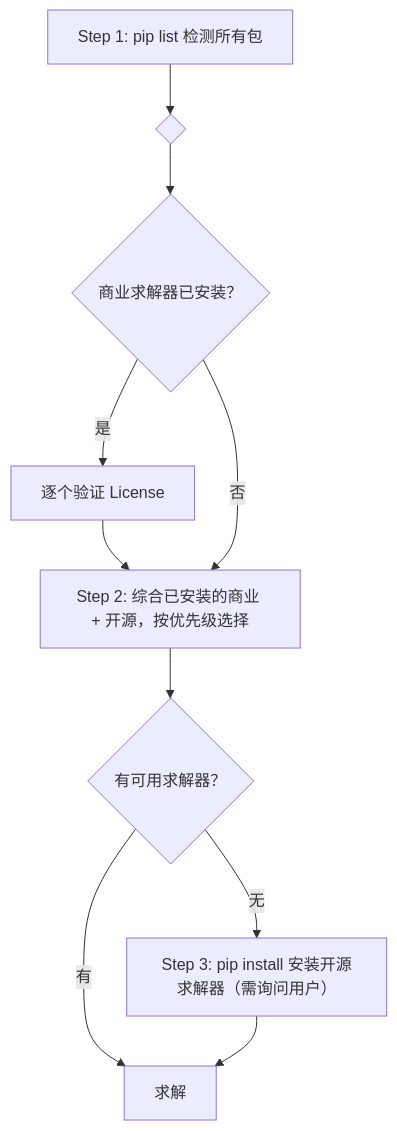
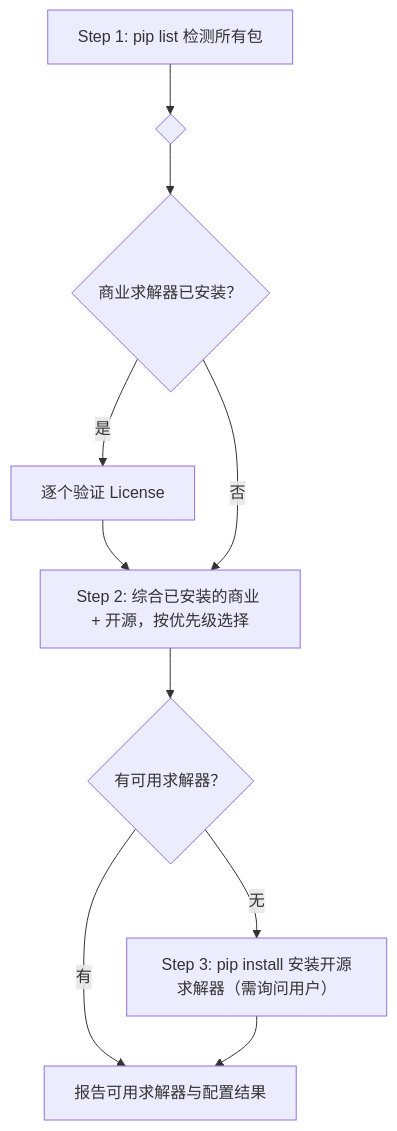
Before and after one commit to VeryMath/AI4Math-Optimization: the diagram in skills/or-solver/SKILL.md, drawn with Mermaid. The commit also changed other lines of this file and 19 other files, not shown here.

````diff
--- a/skills/or-solver/SKILL.md
+++ b/skills/or-solver/SKILL.md
@@ -34,13 +36,13 @@
 ```mermaid
 flowchart TD
   DETECT["Step 1: pip list 检测所有包"]
   DETECT --> DONE{" "}
   DONE --> COMM{"商业求解器已安装？"}
   COMM -->|是| LIC["逐个验证 License"]
   LIC --> SELECT["Step 2: 综合已安装的商业 + 开源，按优先级选择"]
   COMM -->|否| SELECT
   SELECT --> AVAIL{"有可用求解器？"}
-  AVAIL -->|有| SOLVE["求解"]
+  AVAIL -->|有| RESULT["报告可用求解器与配置结果"]
   AVAIL -->|无| INSTALL["Step 3: pip install 安装开源求解器（需询问用户）"]
-  INSTALL --> SOLVE
+  INSTALL --> RESULT
 ```
````
